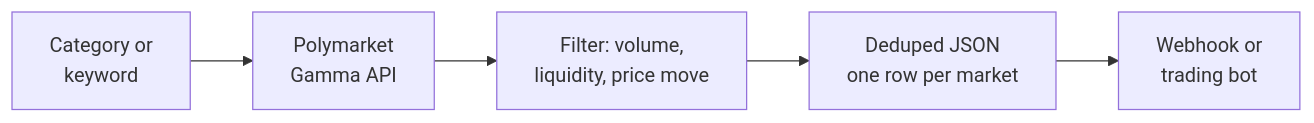
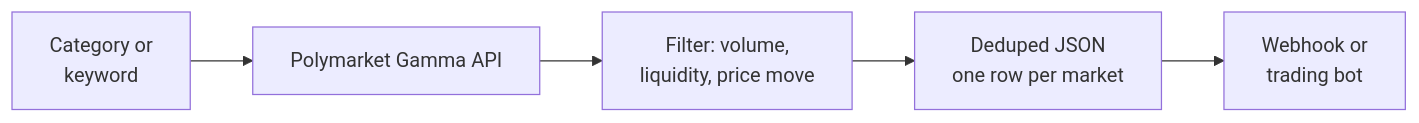
Before and after one commit to Ken-Mutisya/scrapemint: the first of 2 diagrams in actors/polymarket-market-monitor/README.md, drawn with Mermaid. The commit also changed other lines of this file, not shown here.

Commit message:
Tighten Polymarket Market Monitor README for organic search

````diff
--- a/actors/polymarket-market-monitor/README.md
+++ b/actors/polymarket-market-monitor/README.md
@@ -11,7 +11,7 @@
 ```mermaid
 flowchart LR
-    A[Category or<br/>keyword] --> B[Polymarket<br/>Gamma API]
+    A[Category or<br/>keyword] --> B[Polymarket Gamma API]
     B --> C[Filter: volume,<br/>liquidity, price move]
     C --> D[Deduped JSON<br/>one row per market]
     D --> E[Webhook or<br/>trading bot]
 ```
````
